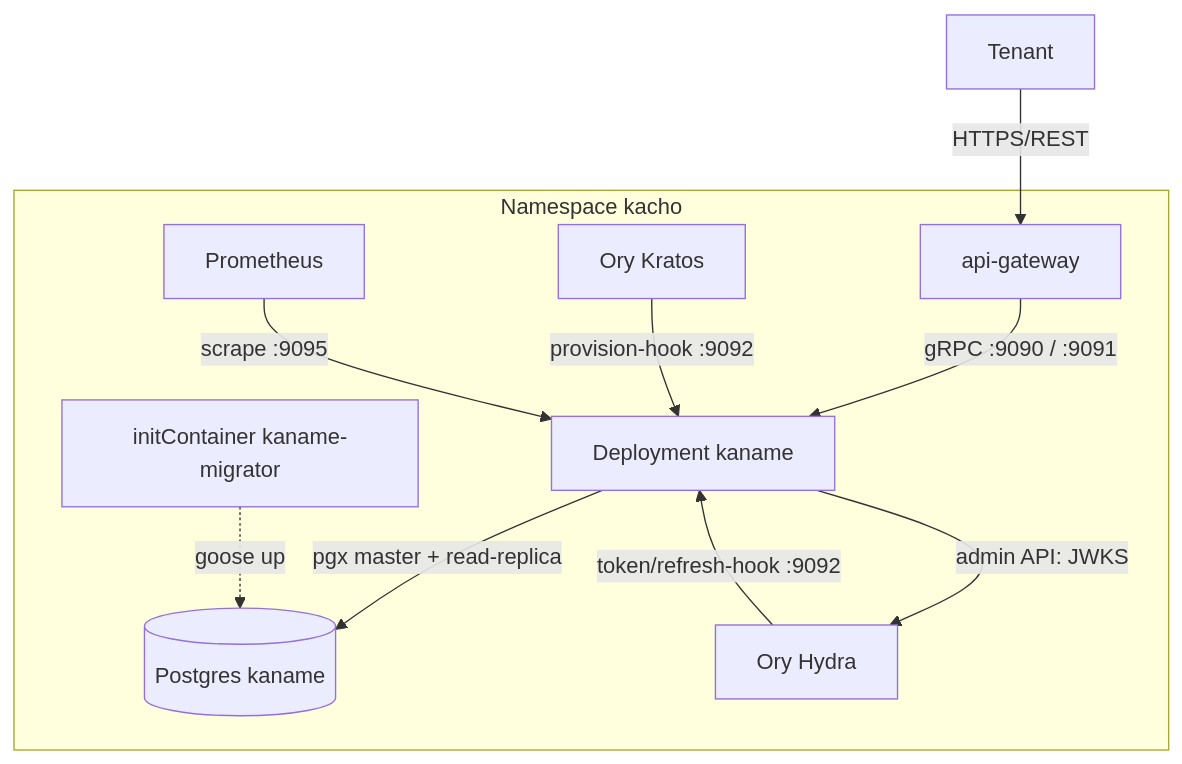
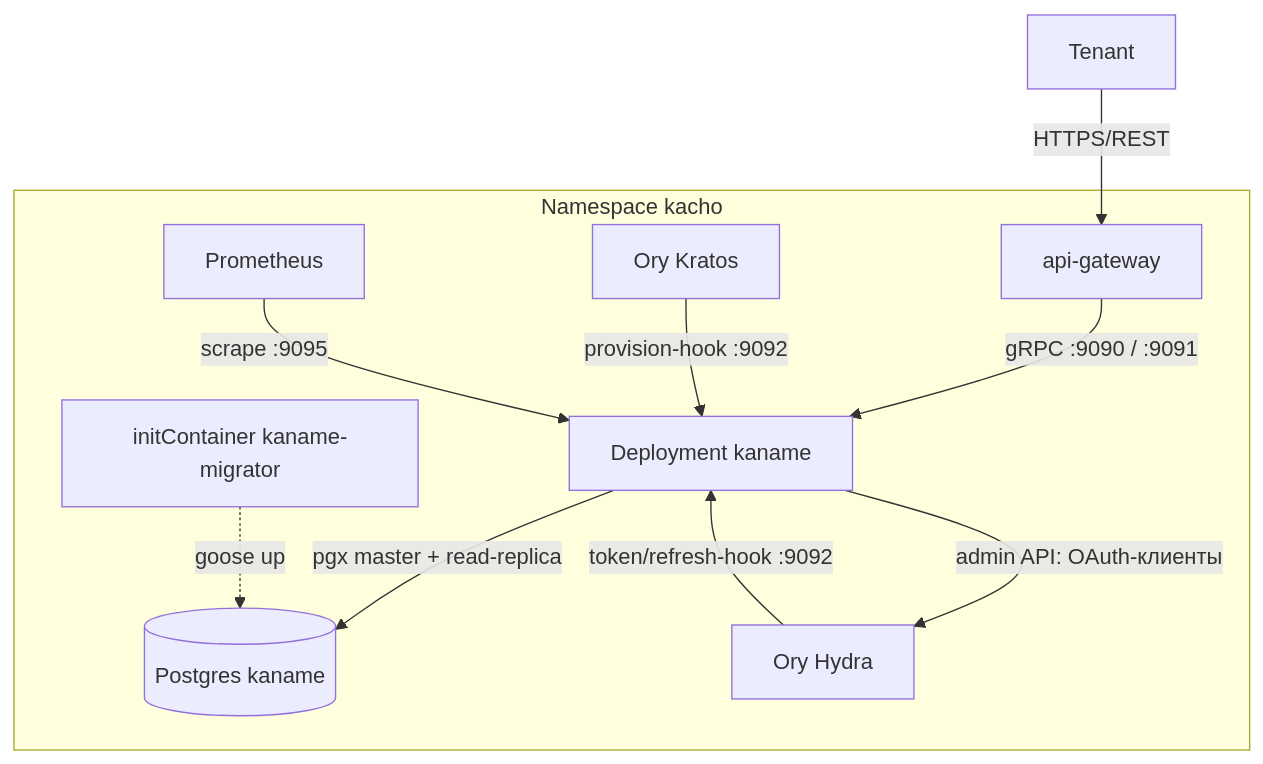
One commit to PRO-Robotech/kacho changed the first of 2 diagrams in services/iam/docs/engineering/components/31-deployment.md. Above: the diagram before and after it, drawn with Mermaid. The commit also changed other lines of this file and 140 other files, not shown here.

````diff
--- a/services/iam/docs/engineering/components/31-deployment.md
+++ b/services/iam/docs/engineering/components/31-deployment.md
@@ -100,13 +101,13 @@
 ```mermaid
 flowchart TB
     Tenant -- HTTPS/REST --> APIGW[api-gateway]
     subgraph PlatformNS[Namespace kacho]
         APIGW -- gRPC :9090 / :9091 --> IAM[Deployment kaname]
         IAM -- pgx master + read-replica --> PG[(Postgres kaname)]
         Kratos[Ory Kratos] -- provision-hook :9092 --> IAM
         Hydra[Ory Hydra] -- token/refresh-hook :9092 --> IAM
-        IAM -- admin API: JWKS --> Hydra
+        IAM -- admin API: OAuth-клиенты --> Hydra
         Migrate[initContainer kaname-migrator] -. goose up .-> PG
         Prom[Prometheus] -- scrape :9095 --> IAM
     end
 ```
````
